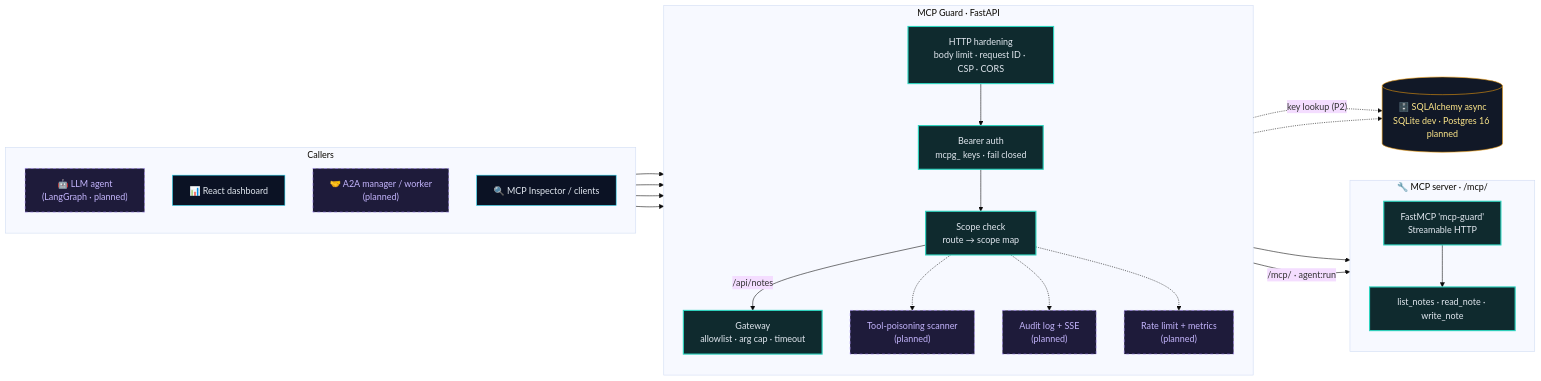
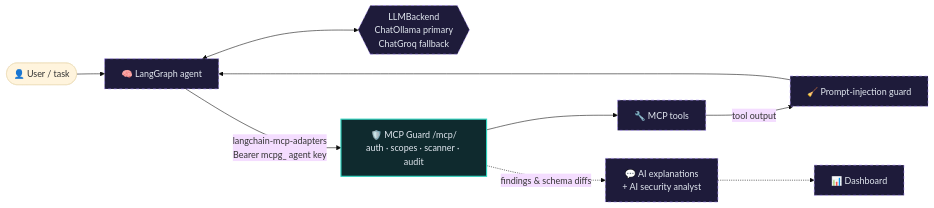
The third of 3 diagrams in README.md (aneek22112007-tech/mcp-a2a-secure), drawn with Mermaid (base theme) before and after one commit. The commit also changed other lines of this file, not shown here.

````diff
--- a/README.md
+++ b/README.md
@@ -96,52 +313,16 @@
 ```mermaid
 flowchart LR
-    subgraph CALLERS["Callers"]
-        direction TB
-        AG["🤖 LLM agent<br/>(LangGraph · planned)"]
-        UI["📊 React dashboard"]
-        A2A["🤝 A2A manager / worker<br/>(planned)"]
-        INS["🔍 MCP Inspector / clients"]
-    end
+    U(["👤 User / task"]) --> AG["🧠 LangGraph agent"]
+    AG <--> LLM{{"LLMBackend<br/>ChatOllama primary<br/>ChatGroq fallback"}}
+    AG -->|"langchain-mcp-adapters<br/>Bearer mcpg_ agent key"| MG["🛡️ MCP Guard /mcp/<br/>auth · scopes · scanner · audit"]
+    MG --> T["🔧 MCP tools"]
+    T -->|"tool output"| PI["🧹 Prompt-injection guard"]
+    PI --> AG
+    MG -.->|"findings & schema diffs"| EX["💬 AI explanations<br/>+ AI security analyst"]
+    EX -.-> D["📊 Dashboard"]
 
-    subgraph CORE["MCP Guard · FastAPI"]
-        direction TB
-        MW["HTTP hardening<br/>body limit · request ID · CSP · CORS"]
-        AUTH["Bearer auth<br/>mcpg_ keys · fail closed"]
-        SC["Scope check<br/>route → scope map"]
-        GW["Gateway<br/>allowlist · arg cap · timeout"]
-        SCAN["Tool-poisoning scanner<br/>(planned)"]
-        AUD["Audit log + SSE<br/>(planned)"]
-        RL["Rate limit + metrics<br/>(planned)"]
-    end
-
-    subgraph TOOLS["🔧 MCP server · /mcp/"]
-        direction TB
-        MCP["FastMCP 'mcp-guard'<br/>Streamable HTTP"]
-        T1["list_notes · read_note · write_note"]
-    end
-
-    DB[("🗄️ SQLAlchemy async<br/>SQLite dev · Postgres 16 planned")]
-
-    AG --> MW
-    UI --> MW
-    A2A --> MW
-    INS --> MW
-    MW --> AUTH --> SC
-    SC -->|"/api/notes"| GW --> MCP
-    SC -->|"/mcp/ · agent:run"| MCP
-    MCP --> T1
-    SC -.-> SCAN
-    SC -.-> AUD
-    SC -.-> RL
-    AUTH -.->|"key lookup (P2)"| DB
-    AUD -.-> DB
-
-    classDef built fill:#0f2a2e,stroke:#2dd4bf,color:#e2e8f0,stroke-width:2px
-    classDef planned fill:#1e1b3a,stroke:#a78bfa,color:#c4b5fd,stroke-dasharray:5 5
-    classDef caller fill:#0b1224,stroke:#22d3ee,color:#e2e8f0
-    classDef store fill:#111827,stroke:#f59e0b,color:#fde68a
-    class MW,AUTH,SC,GW,MCP,T1 built
-    class SCAN,AUD,RL,AG,A2A planned
-    class UI,INS caller
-    class DB store
+    classDef planned fill:#1e1b3a,stroke:#a78bfa,color:#e2e8f0,stroke-dasharray:5 5
+    classDef guard fill:#0f2a2e,stroke:#2dd4bf,color:#e2e8f0,stroke-width:2px
+    class AG,LLM,PI,EX,D,T planned
+    class MG guard
 ```
````
